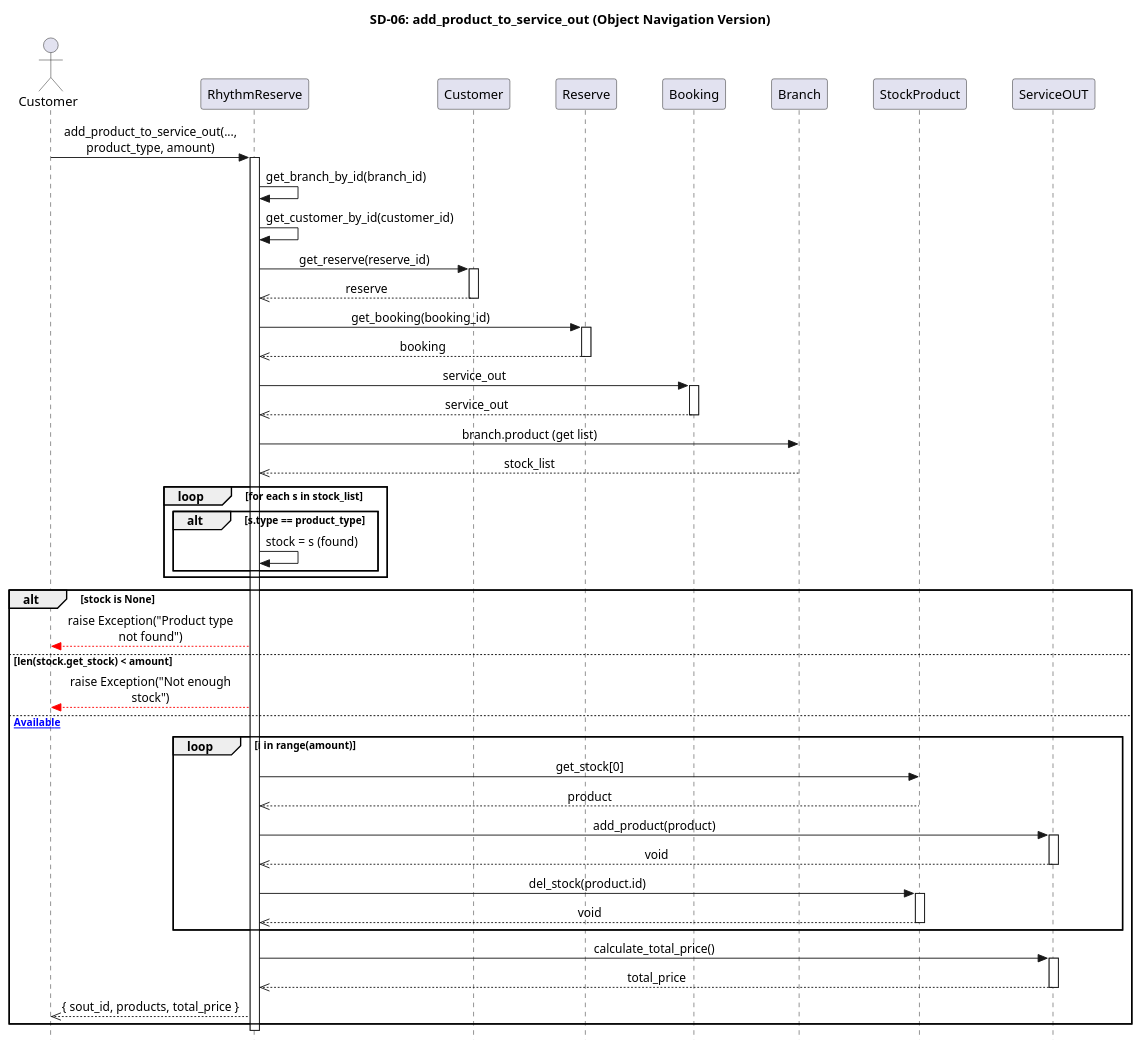
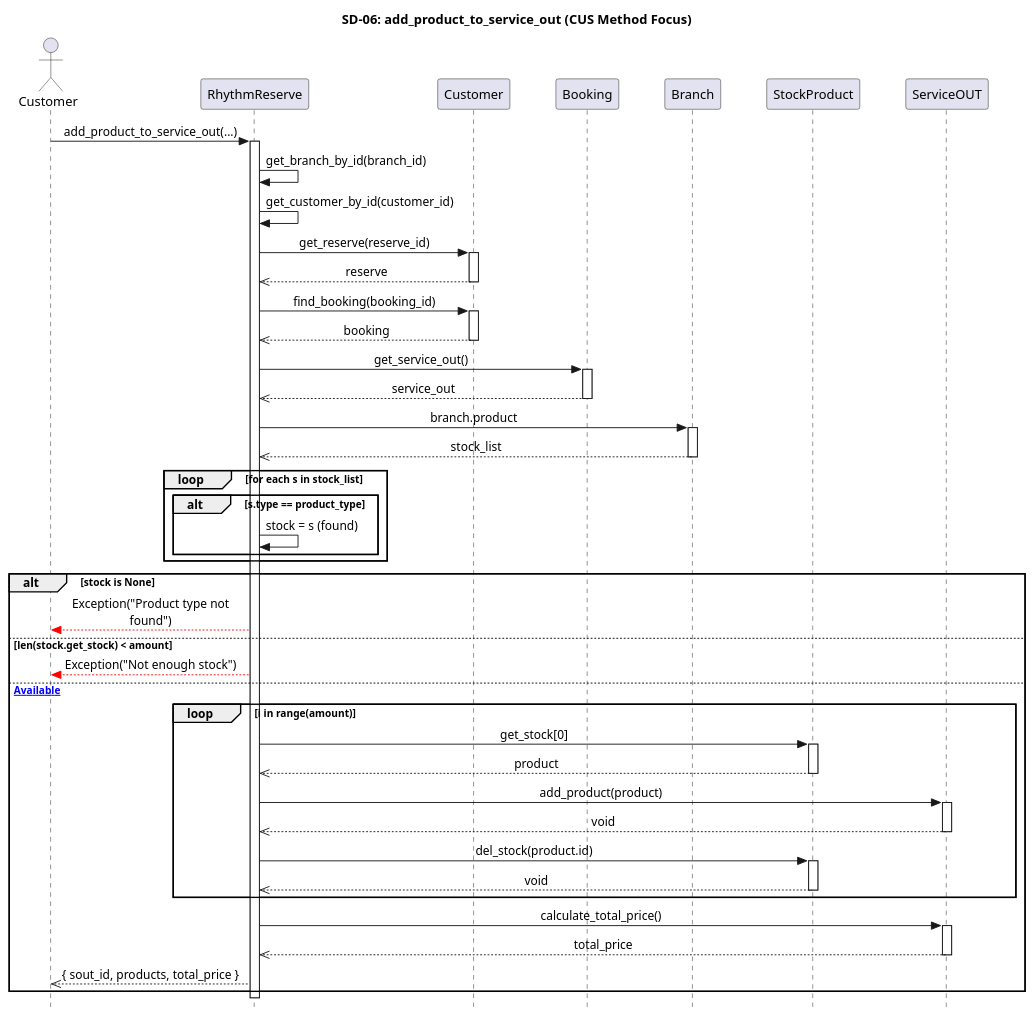
Before and after one commit to pjngth998/RhythmReserve: the diagram in diagram/sequence_diagram/9final_sequence/sss1.puml, drawn with PlantUML. The commit also changed 2 other files, not shown here.

```diff
--- a/diagram/sequence_diagram/9final_sequence/sss1.puml
+++ b/diagram/sequence_diagram/9final_sequence/sss1.puml
@@ -1,85 +1,90 @@
 @startuml
-title SD-06: add_product_to_service_out (Object Navigation Version)
+title SD-06: add_product_to_service_out (CUS Method Focus)
 
+' --- การตั้งค่าเพื่อความสวยงามและพอดีขอบ ---
 skinparam Style strictuml
 skinparam MaxMessageSize 200
 skinparam sequence {
     MessageAlignment center
     ParticipantPadding 20
 }
 
 actor Customer as C
 participant "RhythmReserve" as RR
 participant "Customer" as CUS
-participant "Reserve" as RSV
 participant "Booking" as BK
 participant "Branch" as BR
 participant "StockProduct" as STCK
 participant "ServiceOUT" as SOUT
 
-C -> RR : add_product_to_service_out(..., product_type, amount)
+C -> RR : add_product_to_service_out(...)
 activate RR
 
-' --- จุดที่แก้: การเข้าถึง Object ตามลำดับชั้น ---
+' --- 1. เตรียมข้อมูล Object จาก Customer ---
 RR -> RR : get_branch_by_id(branch_id)
 RR -> RR : get_customer_by_id(customer_id)
 
+' เรียกหา Reserve จาก Customer
 RR -> CUS : get_reserve(reserve_id)
 activate CUS
 CUS -->> RR : reserve
 deactivate CUS
 
-RR -> RSV : get_booking(booking_id)
-activate RSV
-RSV -->> RR : booking
-deactivate RSV
+' เรียกหา Booking จาก Customer (อยู่คลาสเดียวกัน)
+RR -> CUS : find_booking(booking_id)
+activate CUS
+CUS -->> RR : booking
+deactivate CUS
 
-RR -> BK : service_out
+' ดึงถังเก็บค่าบริการจาก Booking
+RR -> BK : get_service_out()
 activate BK
 BK -->> RR : service_out
 deactivate BK
 
-' --- ค้นหา Stock ---
-RR -> BR : branch.product (get list)
+' --- 2. ค้นหา Stock (ดึงรายการมาครั้งเดียวตามโค้ด) ---
+RR -> BR : branch.product
+activate BR
 BR -->> RR : stock_list
+deactivate BR
 
 loop for each s in stock_list
     alt s.type == product_type
         RR -> RR : stock = s (found)
     end
 end
 
-' --- ตรวจสอบ Exception (ยุบรวมให้พอดีขอบ) ---
+' --- 3. ตรวจสอบเงื่อนไขและจัดการสินค้า ---
 alt stock is None
-    RR --[#red]> C : raise Exception("Product type not found")
+    RR --[#red]> C : Exception("Product type not found")
 else len(stock.get_stock) < amount
-    RR --[#red]> C : raise Exception("Not enough stock")
+    RR --[#red]> C : Exception("Not enough stock")
 else [Available]
     
-    ' --- วนลูปจัดการสินค้าตามโค้ด ---
     loop i in range(amount)
         RR -> STCK : get_stock[0]
+        activate STCK
         STCK -->> RR : product
+        deactivate STCK
 
         RR -> SOUT : add_product(product)
         activate SOUT
         SOUT -->> RR : void
         deactivate SOUT
 
         RR -> STCK : del_stock(product.id)
         activate STCK
         STCK -->> RR : void
         deactivate STCK
     end
 
-    ' สรุปผลตอนท้าย
     RR -> SOUT : calculate_total_price()
     activate SOUT
     SOUT -->> RR : total_price
     deactivate SOUT
 
     RR -->> C : { sout_id, products, total_price }
 end
 
 deactivate RR
 @enduml
```
